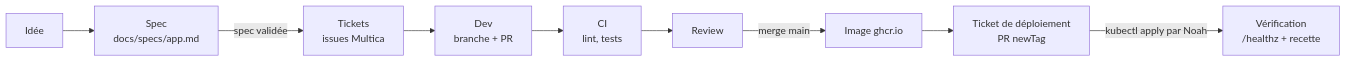
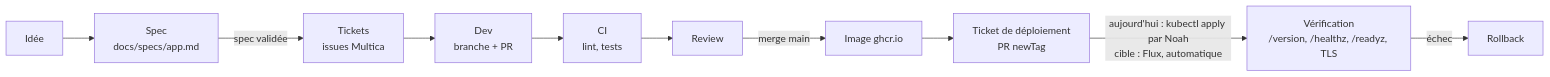
Before and after one commit to Zazi2004/zazi.cool: the diagram in docs/workflow/README.md, drawn with Mermaid. The commit also changed other lines of this file and 4 other files, not shown here.

````diff
--- a/docs/workflow/README.md
+++ b/docs/workflow/README.md
@@ -22,11 +22,12 @@
 ```mermaid
 flowchart LR
     A[Idée] --> B[Spec<br/>docs/specs/app.md]
     B -->|spec validée| C[Tickets<br/>issues Multica]
     C --> D[Dev<br/>branche + PR]
     D --> E[CI<br/>lint, tests]
     E --> F[Review]
     F -->|merge main| G[Image ghcr.io]
     G --> H[Ticket de déploiement<br/>PR newTag]
-    H -->|kubectl apply par Noah| I[Vérification<br/>/healthz + recette]
+    H -->|aujourd'hui : kubectl apply par Noah<br/>cible : Flux, automatique| I[Vérification<br/>/version, /healthz, /readyz, TLS]
+    I -->|échec| J[Rollback]
 ```
````
